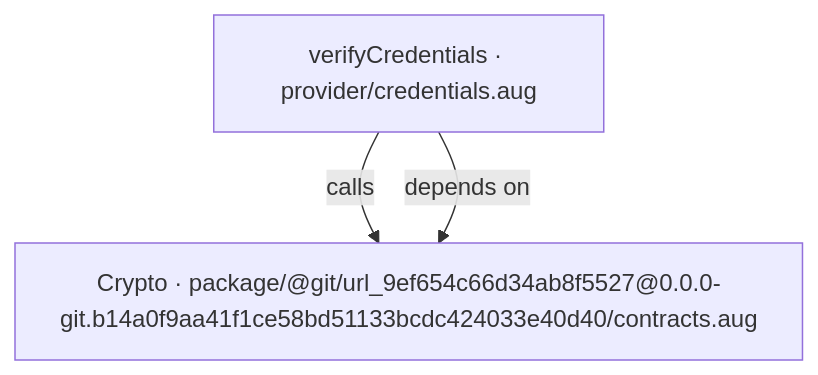
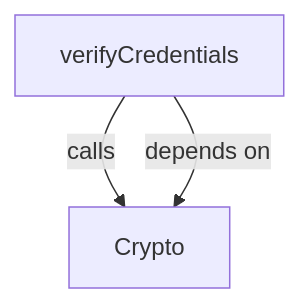
Before and after one commit to GreenPandaStudios/augscript: the first of 3 diagrams in docs/examples/oidc-login/provider/credentials-diagrams.md, drawn with Mermaid. The commit also changed other lines of this file and 524 other files, not shown here.

Commit message:
Explain checked data flow at folder and service levels

````diff
--- a/docs/examples/oidc-login/provider/credentials-diagrams.md
+++ b/docs/examples/oidc-login/provider/credentials-diagrams.md
@@ -19,7 +19,7 @@
 ```mermaid
 flowchart TD
-    n0["Crypto · package/@git/url_9ef654c66d34ab8f5527@0.0.0-git.b14a0f9aa41f1ce58bd51133bcdc424033e40d40/contracts.aug"]
-    n1["verifyCredentials · provider/credentials.aug"]
+    n0["Crypto"]
+    n1["verifyCredentials"]
     n1 -->|"calls"| n0
     n1 -->|"depends on"| n0
 ```
````
